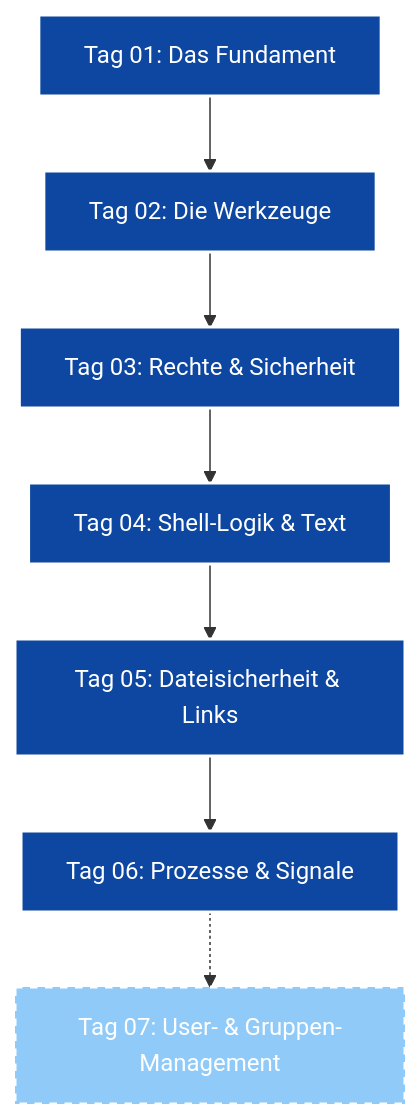
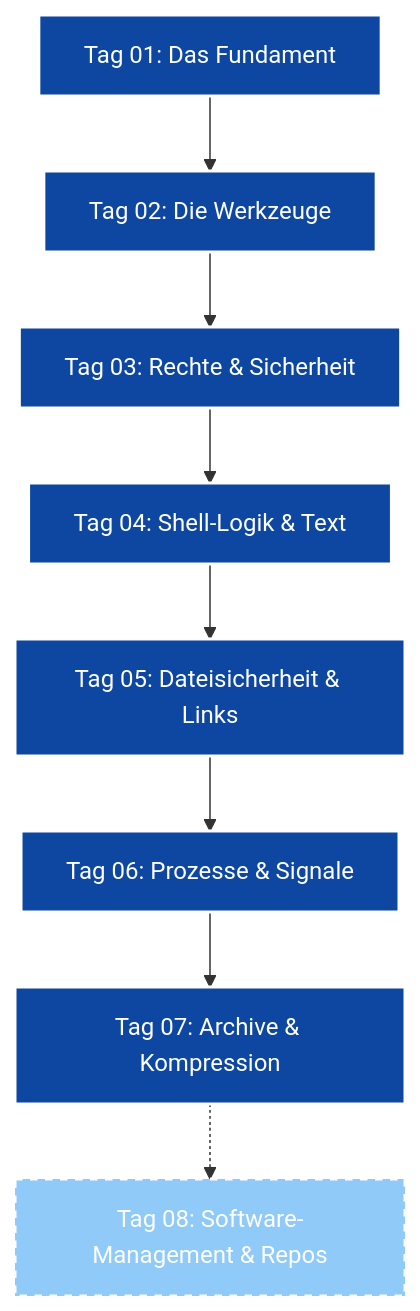
The diagram in README.md (BitLC-NE-2025-2026/Linux-Essentials), drawn with Mermaid before and after one commit. The commit also changed other lines of this file and 1 other file, not shown here.

Commit message:
feat: add Day 07 curriculum for archiving, compression, and build systems and update main roadmap

````diff
--- a/README.md
+++ b/README.md
@@ -11,17 +11,19 @@
 ```mermaid
 graph TD
     A[Tag 01: Das Fundament] --> B[Tag 02: Die Werkzeuge]
     B --> C[Tag 03: Rechte & Sicherheit]
     C --> D[Tag 04: Shell-Logik & Text]
     D --> E[Tag 05: Dateisicherheit & Links]
     E --> F[Tag 06: Prozesse & Signale]
-    F -.-> G[Tag 07: User- & Gruppen-Management]
+    F --> G[Tag 07: Archive & Kompression]
+    G -.-> H[Tag 08: Software-Management & Repos]
     
     style A fill:#0d47a1,stroke:#fff,stroke-width:2px,color:#fff
     style B fill:#0d47a1,stroke:#fff,stroke-width:2px,color:#fff
     style C fill:#0d47a1,stroke:#fff,stroke-width:2px,color:#fff
     style D fill:#0d47a1,stroke:#fff,stroke-width:2px,color:#fff
     style E fill:#0d47a1,stroke:#fff,stroke-width:2px,color:#fff
     style F fill:#0d47a1,stroke:#fff,stroke-width:2px,color:#fff
-    style G fill:#90caf9,stroke:#fff,stroke-width:2px,color:#fff,stroke-dasharray: 5 5
+    style G fill:#0d47a1,stroke:#fff,stroke-width:2px,color:#fff
+    style H fill:#90caf9,stroke:#fff,stroke-width:2px,color:#fff,stroke-dasharray: 5 5
 ```
````
